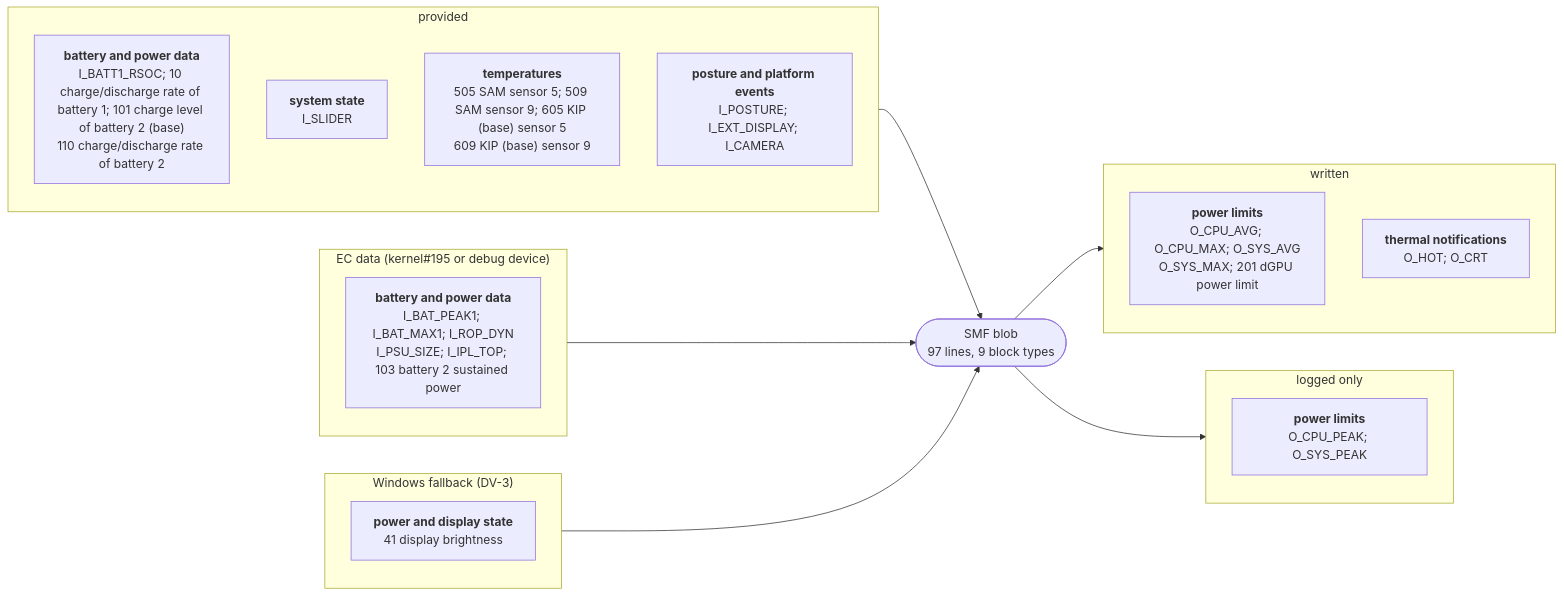
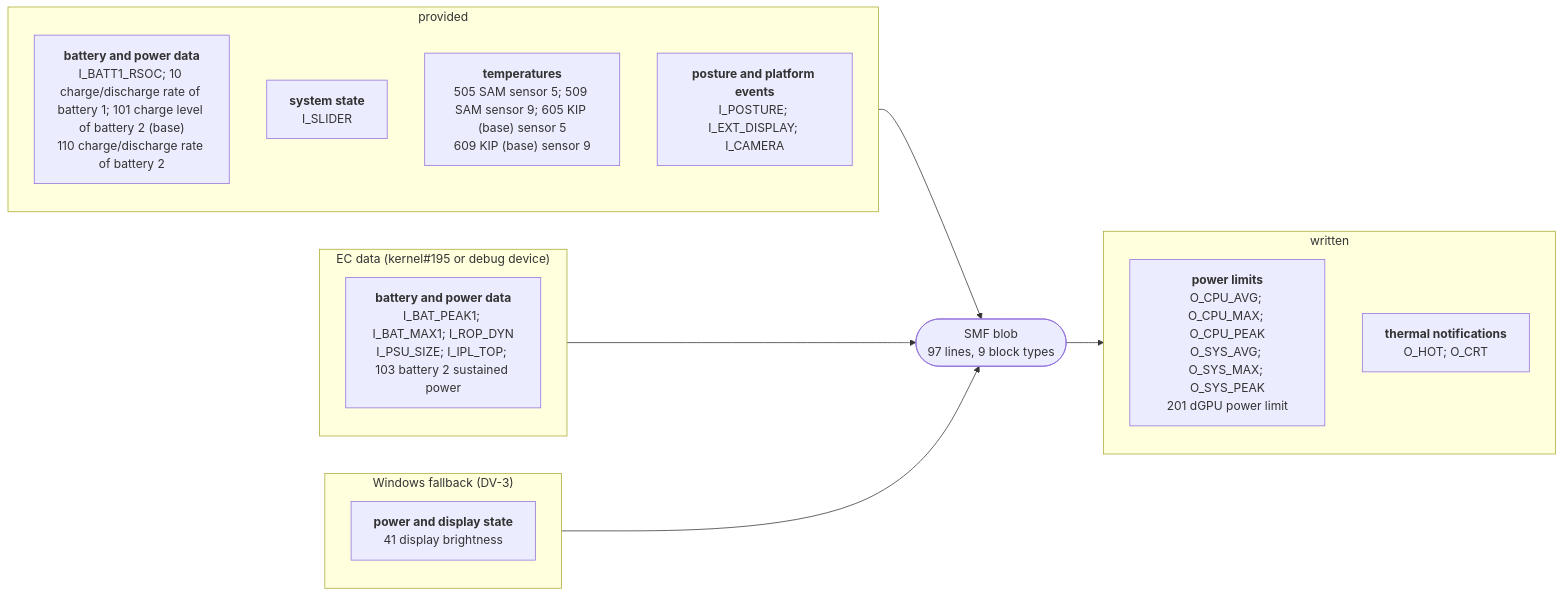
The diagram in docs/devices/surface-book-3-13.md (larsschellhas/linux-surface-power), drawn with Mermaid before and after one commit. The commit also changed other lines of this file and 17 other files, not shown here.

````diff
--- a/docs/devices/surface-book-3-13.md
+++ b/docs/devices/surface-book-3-13.md
@@ -19,28 +19,24 @@
 ```mermaid
 flowchart LR
     subgraph IN0["provided"]
         I0_28B7BD85["<b>battery and power data</b><br/>I_BATT1_RSOC; 10 charge/discharge rate of battery 1; 101 charge level of battery 2 (base)<br/>110 charge/discharge rate of battery 2"]
         I0_2DD6960F["<b>system state</b><br/>I_SLIDER"]
         I0_2E8B14C2["<b>temperatures</b><br/>505 SAM sensor 5; 509 SAM sensor 9; 605 KIP (base) sensor 5<br/>609 KIP (base) sensor 9"]
         I0_8060B17F["<b>posture and platform events</b><br/>I_POSTURE; I_EXT_DISPLAY; I_CAMERA"]
     end
     IN0 --> B
     subgraph IN1["EC data (kernel#195 or debug device)"]
         I1_28B7BD85["<b>battery and power data</b><br/>I_BAT_PEAK1; I_BAT_MAX1; I_ROP_DYN<br/>I_PSU_SIZE; I_IPL_TOP; 103 battery 2 sustained power"]
     end
     IN1 --> B
     subgraph IN2["Windows fallback (DV-3)"]
         I2_1FB53D4C["<b>power and display state</b><br/>41 display brightness"]
     end
     IN2 --> B
     B(["SMF blob<br/>97 lines, 9 block types"])
     subgraph OUT0["written"]
-        O0_0B7B5350["<b>power limits</b><br/>O_CPU_AVG; O_CPU_MAX; O_SYS_AVG<br/>O_SYS_MAX; 201 dGPU power limit"]
+        O0_0B7B5350["<b>power limits</b><br/>O_CPU_AVG; O_CPU_MAX; O_CPU_PEAK<br/>O_SYS_AVG; O_SYS_MAX; O_SYS_PEAK<br/>201 dGPU power limit"]
         O0_110DF2A4["<b>thermal notifications</b><br/>O_HOT; O_CRT"]
     end
     B --> OUT0
-    subgraph OUT1["logged only"]
-        O1_0B7B5350["<b>power limits</b><br/>O_CPU_PEAK; O_SYS_PEAK"]
-    end
-    B --> OUT1
 ```
````
